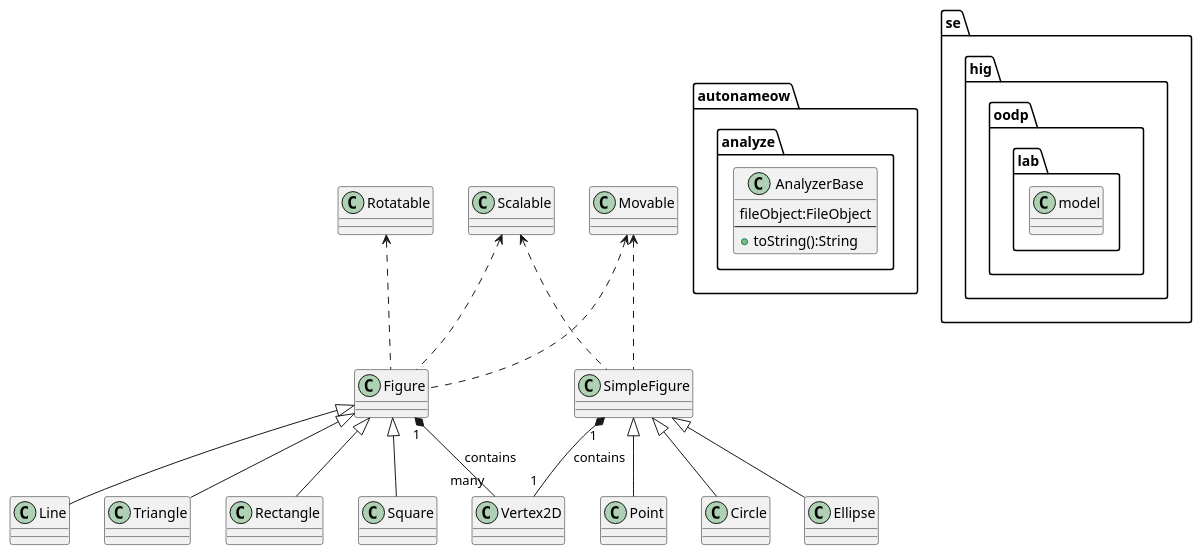
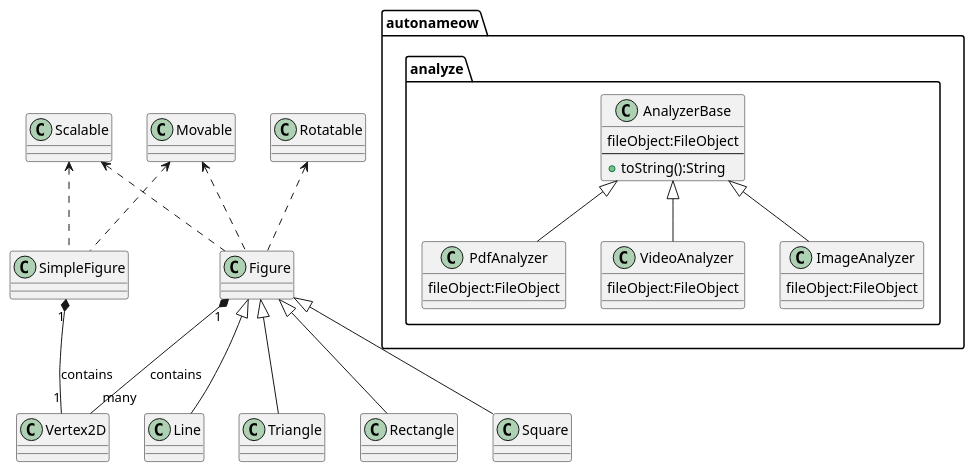
Before and after one commit to jonasjberg/autonameow: the diagram in doc/design-uml.puml, drawn with PlantUML. The commit also changed 3 other files, not shown here.

```diff
--- a/doc/design-uml.puml
+++ b/doc/design-uml.puml
@@ -1,66 +1,71 @@
 @startuml
 ' ____________________________________________________________________________
 ' ____ CONFIGURATION OPTIONS __________________________________________________
 ' debug flag creates a 'svek.dot' and 'svek.svg' file in ~/
 !pragma svek_trace on
 
 ' package graphical style
 skinparam packageStyle folder
 
 ' don't use symbols to indicate visibility
 ' skinparam classAttributeIconsize 0
 
 
 ' ____________________________________________________________________________
 ' ____ CLASS DEFINITIONS ______________________________________________________
 package autonameow.analyze {
     class AnalyzerBase {
         fileObject:FileObject
         --
         +toString():String
     }
+
+    class ImageAnalyzer {
+        fileObject:FileObject
+    }
+
+    class PdfAnalyzer {
+        fileObject:FileObject
+    }
+
+    class VideoAnalyzer {
+        fileObject:FileObject
+    }
 }
-
-
-
-' ____________________________________________________________________________
-' ____ PACKAGE HIERARCHY _____________________________________________________
-se.hig.oodp.lab.model +-- se.hig.oodp.lab.model.figure
-se.hig.oodp.lab.model +-- se.hig.oodp.lab.model.simplefigure
 
 
 ' ____________________________________________________________________________
 ' ____ RELATIONS BETWEEN CLASSES _____________________________________________
 ' <|--      extension
 ' *--       composition
 ' o--       aggregation
 
 ' COMPOSITION
 ' Figure <.. Vertex2D
 ' SimpleFigure <.. Vertex2D
 Figure       "1" *-- "many" Vertex2D : contains
 SimpleFigure "1" *-- "1"    Vertex2D : contains
 
 ' INHERITANCE
-SimpleFigure <|-- Point
-SimpleFigure <|-- Circle
-SimpleFigure <|-- Ellipse
+AnalyzerBase <|-- ImageAnalyzer
+AnalyzerBase <|-- PdfAnalyzer
+AnalyzerBase <|-- VideoAnalyzer
 
 ' IMPLEMENT INTERFACES
 Movable <.. Figure
 Rotatable <.. Figure
 Scalable <.. Figure
 
 Movable <.. SimpleFigure
 Scalable <.. SimpleFigure
 
 ' INHERITANCE
 Figure <|-- Line
 Figure <|-- Triangle
 Figure <|-- Rectangle
 Figure <|-- Square
 
 
 
 
 @enduml
```
